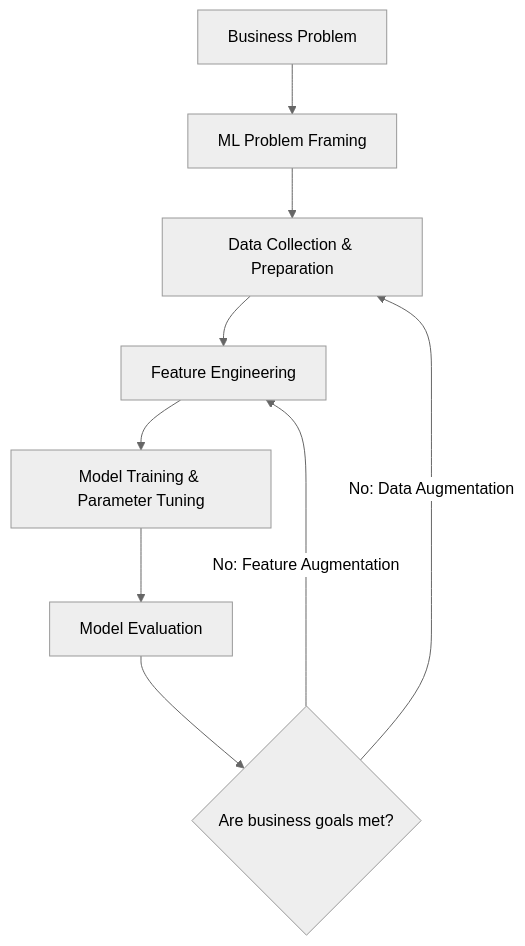
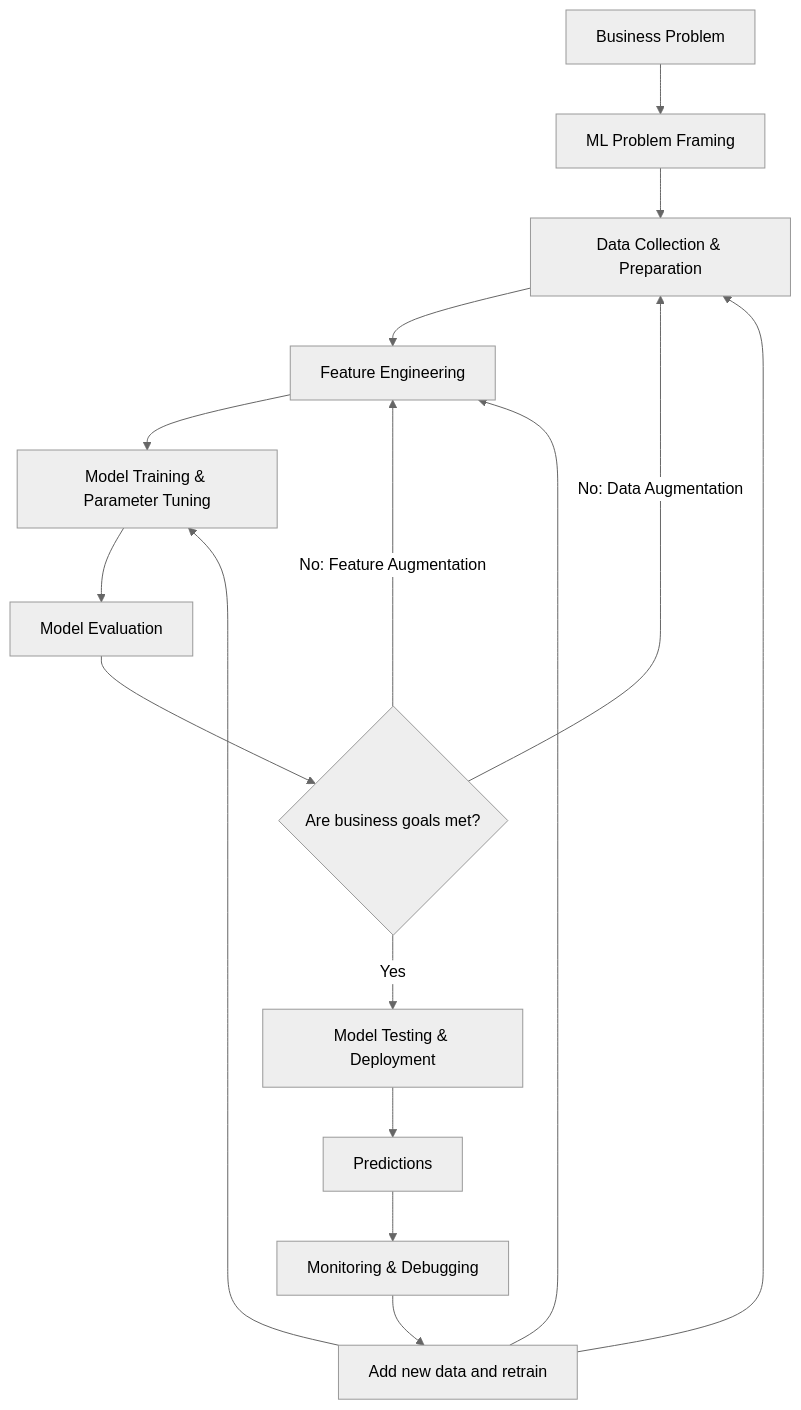
The second of 2 diagrams in 8. Artificial Intelligence (AI) & Machine Learning (ML)./General_notes.md (daniela-mocanu/gitlab-pipelines), drawn with Mermaid (neutral theme) before and after one commit. The commit also changed other lines of this file, not shown here.

Commit message:
Complete ML phases workflow with deployment and monitoring feedback

````diff
--- a/8. Artificial Intelligence (AI) & Machine Learning (ML)./General_notes.md
+++ b/8. Artificial Intelligence (AI) & Machine Learning (ML)./General_notes.md
@@ -198,11 +203,18 @@
 ```mermaid
 flowchart TD
     A[Business Problem] --> B[ML Problem Framing]
     B --> C[Data Collection & Preparation]
     C --> D[Feature Engineering]
     D --> E[Model Training & Parameter Tuning]
     E --> F[Model Evaluation]
     F --> G{Are business goals met?}
     G -->|No: Data Augmentation| C
     G -->|No: Feature Augmentation| D
+    G -->|Yes| H[Model Testing & Deployment]
+    H --> I[Predictions]
+    I --> J[Monitoring & Debugging]
+    J --> K[Add new data and retrain]
+    K --> C
+    K --> D
+    K --> E
 ```
````
